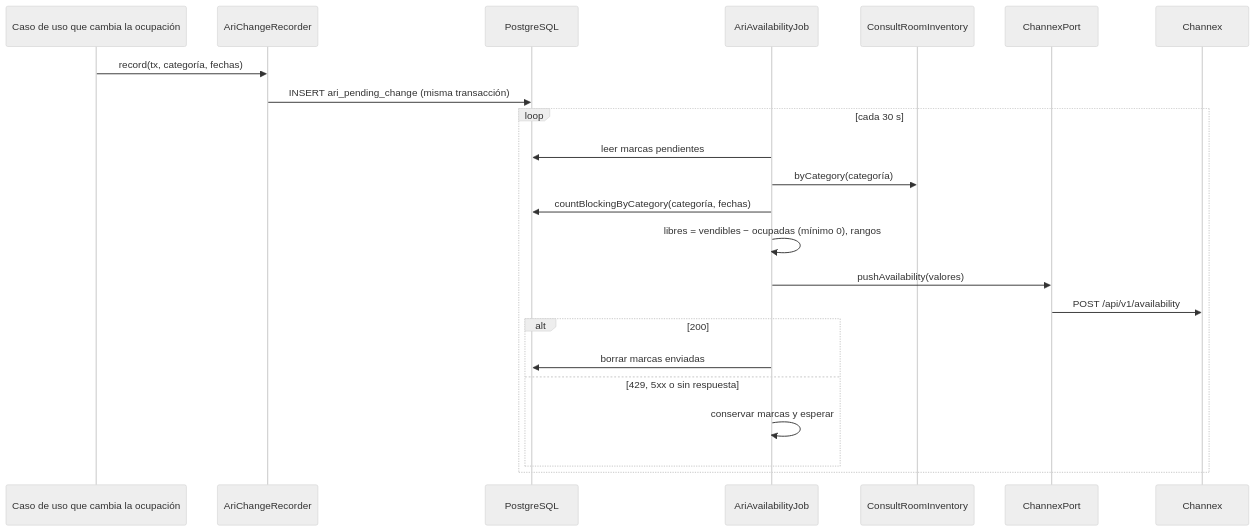
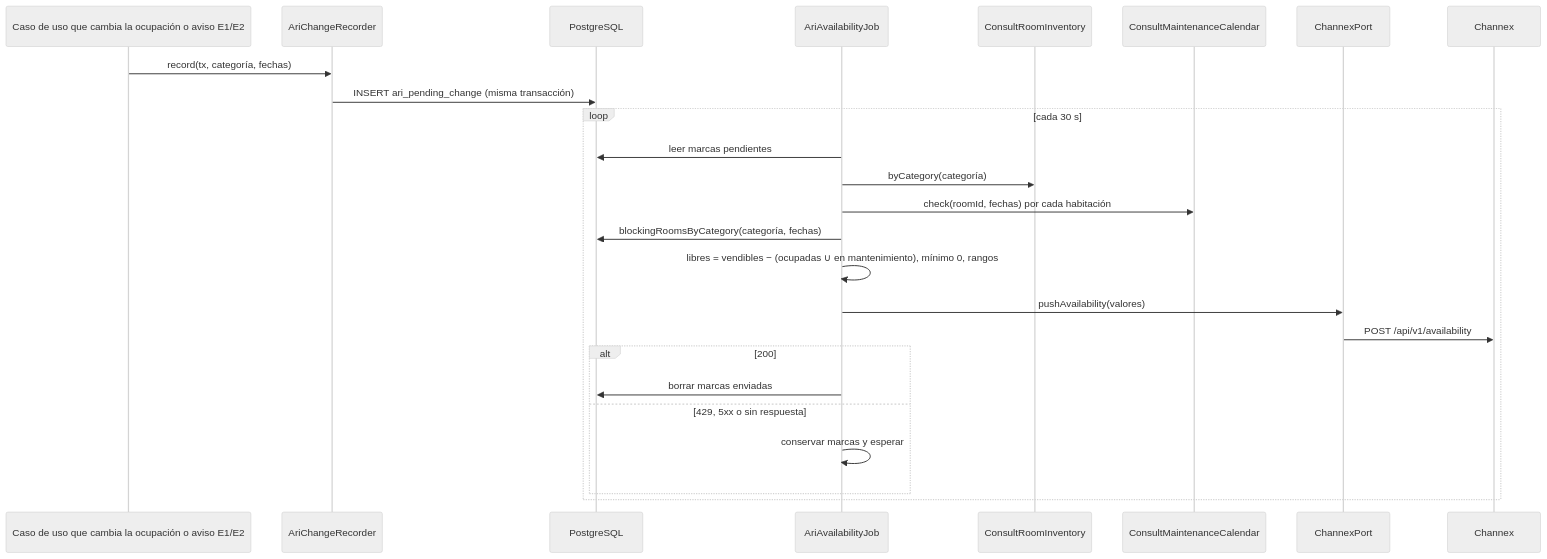
Before and after one commit to Lapicero312-lapi/HOSPITUA-MOD-2: the second of 2 diagrams in specs/configure-ota/plan.md, drawn with Mermaid (neutral theme). The commit also changed other lines of this file and 6 other files, not shown here.

Commit message:
docs(specs): el Módulo 1 avisa mantenimientos e inventario por cola y la disponibilidad de Channex los descuenta; GET /api/rooms sin filtro, forma de categoryRoom y tope de 20 tipos

````diff
--- a/specs/configure-ota/plan.md
+++ b/specs/configure-ota/plan.md
@@ -257,26 +323,28 @@
 ```mermaid
 sequenceDiagram
-    participant X as Caso de uso que cambia la ocupación
+    participant X as Caso de uso que cambia la ocupación o aviso E1/E2
     participant R as AriChangeRecorder
     participant DB as PostgreSQL
     participant J as AriAvailabilityJob
     participant I as ConsultRoomInventory
+    participant K as ConsultMaintenanceCalendar
     participant P as ChannexPort
     participant CX as Channex
 
     X->>R: record(tx, categoría, fechas)
     R->>DB: INSERT ari_pending_change (misma transacción)
     loop cada 30 s
         J->>DB: leer marcas pendientes
         J->>I: byCategory(categoría)
-        J->>DB: countBlockingByCategory(categoría, fechas)
-        J->>J: libres = vendibles − ocupadas (mínimo 0), rangos
+        J->>K: check(roomId, fechas) por cada habitación
+        J->>DB: blockingRoomsByCategory(categoría, fechas)
+        J->>J: libres = vendibles − (ocupadas ∪ en mantenimiento), mínimo 0, rangos
         J->>P: pushAvailability(valores)
         P->>CX: POST /api/v1/availability
         alt 200
             J->>DB: borrar marcas enviadas
         else 429, 5xx o sin respuesta
             J->>J: conservar marcas y esperar
         end
     end
 ```
````
